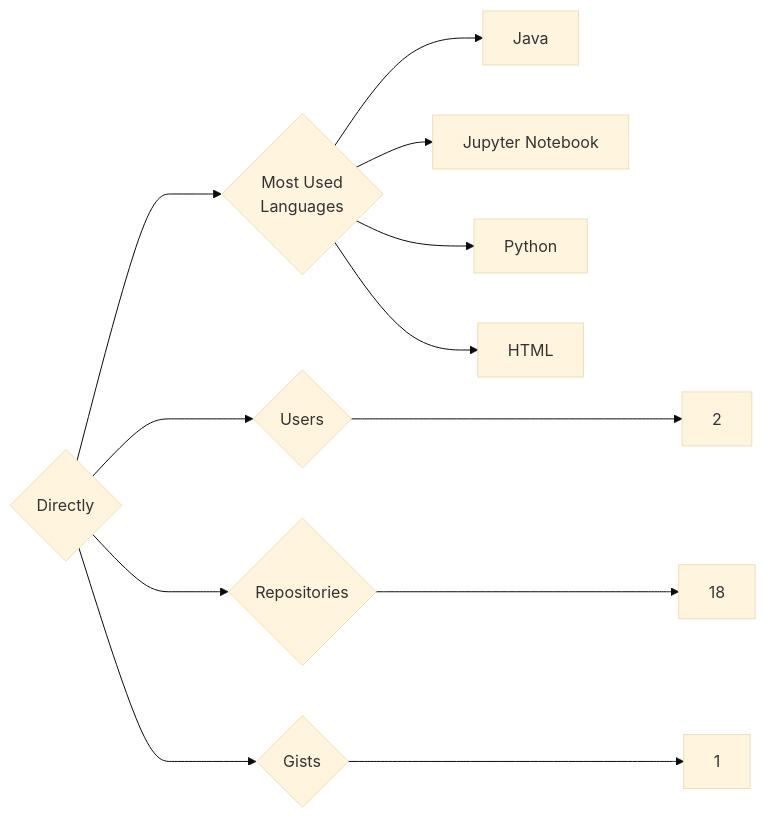
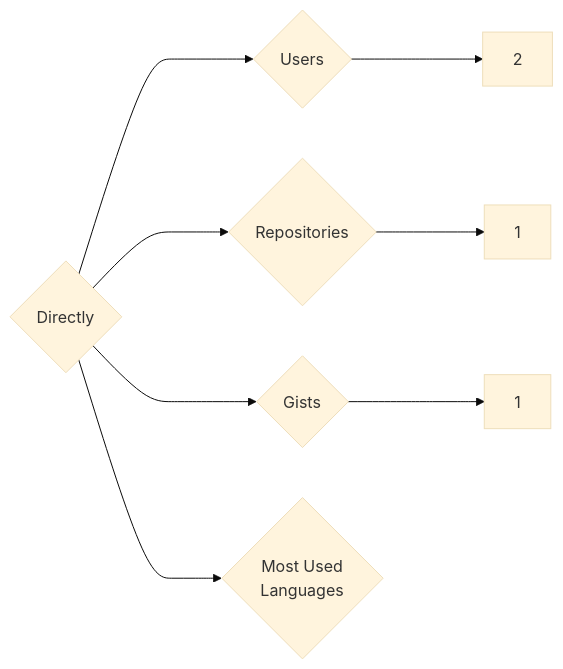
Before and after one commit to trickest/insiders: the diagram in targets/Directly/README.md, drawn with Mermaid (base theme). The commit also changed 1078 other files, not shown here.

````diff
--- a/targets/Directly/README.md
+++ b/targets/Directly/README.md
@@ -3,12 +3,8 @@
 ```mermaid
 graph LR
 COMPANY_NAME{Directly}
 COMPANY_NAME ---> U{Users} ---> UN[2]
-COMPANY_NAME ---> R{Repositories} ---> RN[18]
+COMPANY_NAME ---> R{Repositories} ---> RN[1]
 COMPANY_NAME ---> G{Gists} ---> GN[1]
 COMPANY_NAME ---> ML{Most Used<br>Languages}
-ML --> Java[Java]
-ML --> Jupyter_Notebook[Jupyter Notebook]
-ML --> Python[Python]
-ML --> HTML[HTML]
 ```
````
